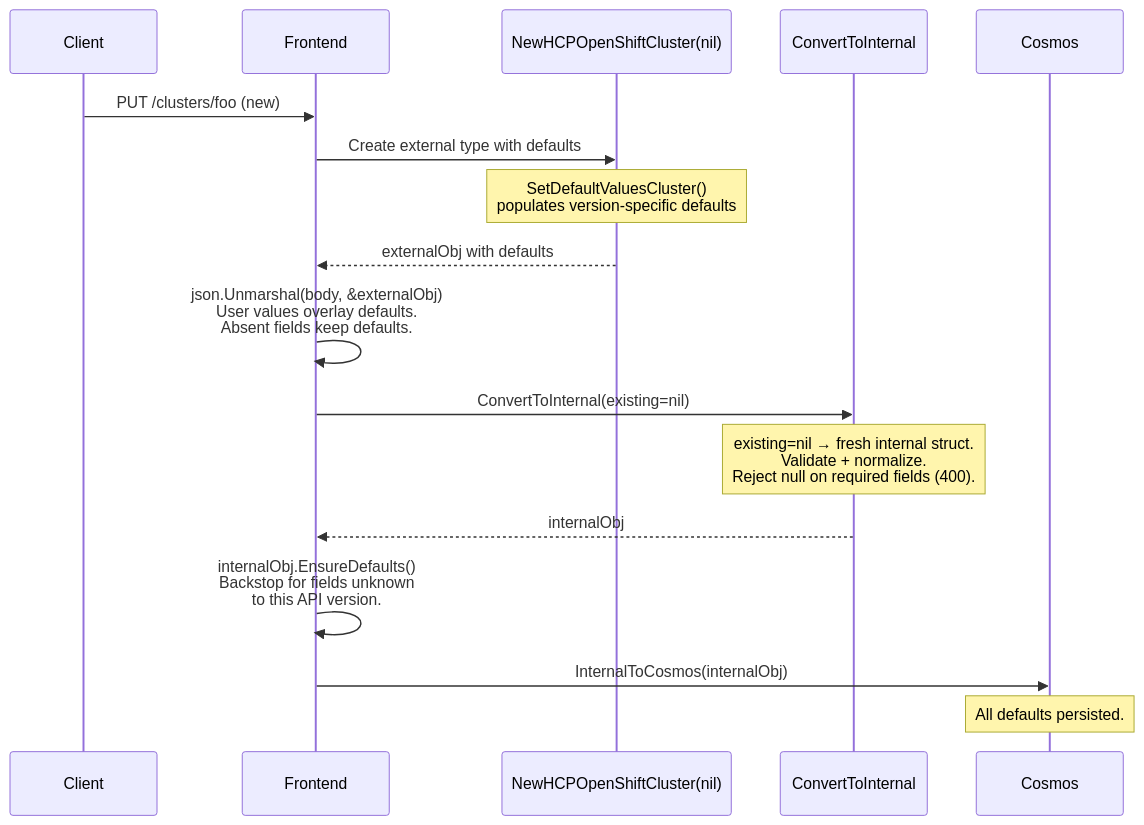
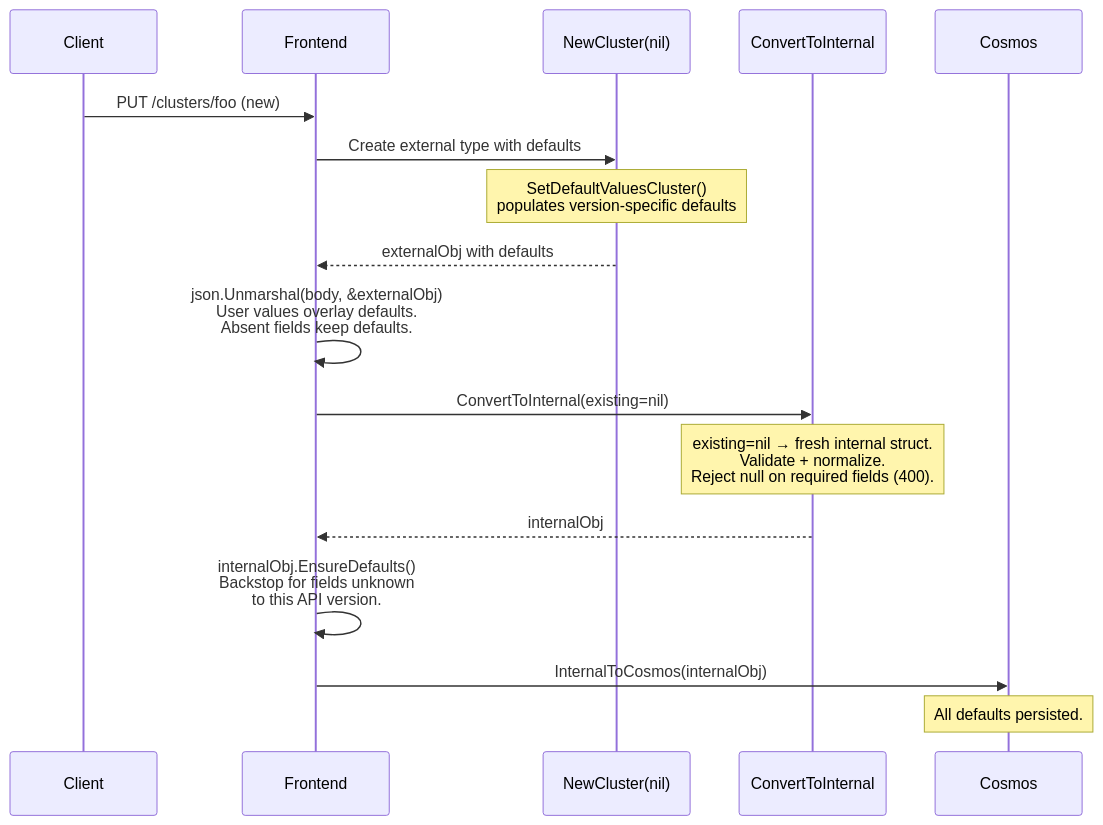
One commit to Azure/ARO-HCP changed the first of 8 diagrams in docs/api-version-defaults-and-storage.md. Above: the diagram before and after it, drawn with Mermaid. The commit also changed other lines of this file and 72 other files, not shown here.

````diff
--- a/docs/api-version-defaults-and-storage.md
+++ b/docs/api-version-defaults-and-storage.md
@@ -44,20 +44,20 @@
 ```mermaid
 sequenceDiagram
     participant Client
     participant FE as Frontend
-    participant Ctor as NewHCPOpenShiftCluster(nil)
+    participant Ctor as NewCluster(nil)
     participant CI as ConvertToInternal
     participant Cosmos
 
     Client->>FE: PUT /clusters/foo (new)
     FE->>Ctor: Create external type with defaults
     Note over Ctor: SetDefaultValuesCluster()<br/>populates version-specific defaults
     Ctor-->>FE: externalObj with defaults
     FE->>FE: json.Unmarshal(body, &externalObj)<br/>User values overlay defaults.<br/>Absent fields keep defaults.
     FE->>CI: ConvertToInternal(existing=nil)
     Note over CI: existing=nil → fresh internal struct.<br/>Validate + normalize.<br/>Reject null on required fields (400).
     CI-->>FE: internalObj
     FE->>FE: internalObj.EnsureDefaults()<br/>Backstop for fields unknown<br/>to this API version.
     FE->>Cosmos: InternalToCosmos(internalObj)
     Note over Cosmos: All defaults persisted.
 ```
````
